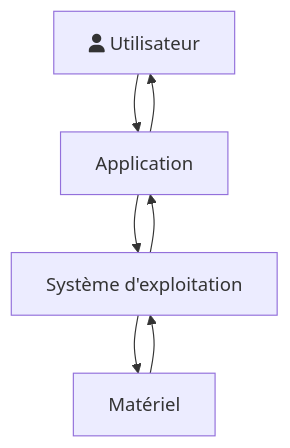
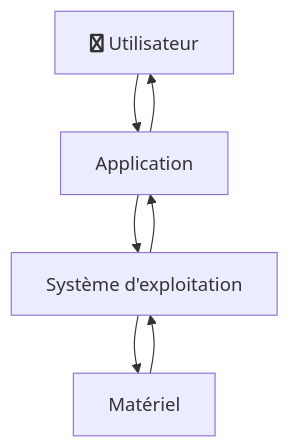
Before and after one commit to boddaert/nsi: the diagram in première/Architecture_des_machines/Systèmes_d_exploitation.md, drawn with Mermaid.

````diff
--- a/première/Architecture_des_machines/Systèmes_d_exploitation.md
+++ b/première/Architecture_des_machines/Systèmes_d_exploitation.md
@@ -9,13 +9,13 @@
 ```mermaid
 flowchart TD
-    A["fa:fa-user Utilisateur"]
+    A["fa:fa-twitter Utilisateur"]
     B[Application]
     C[Système d'exploitation]
     D[Matériel]
     A --> B
     B --> A
     B --> C
     C --> B
     C --> D
     D --> C
 ```
````
